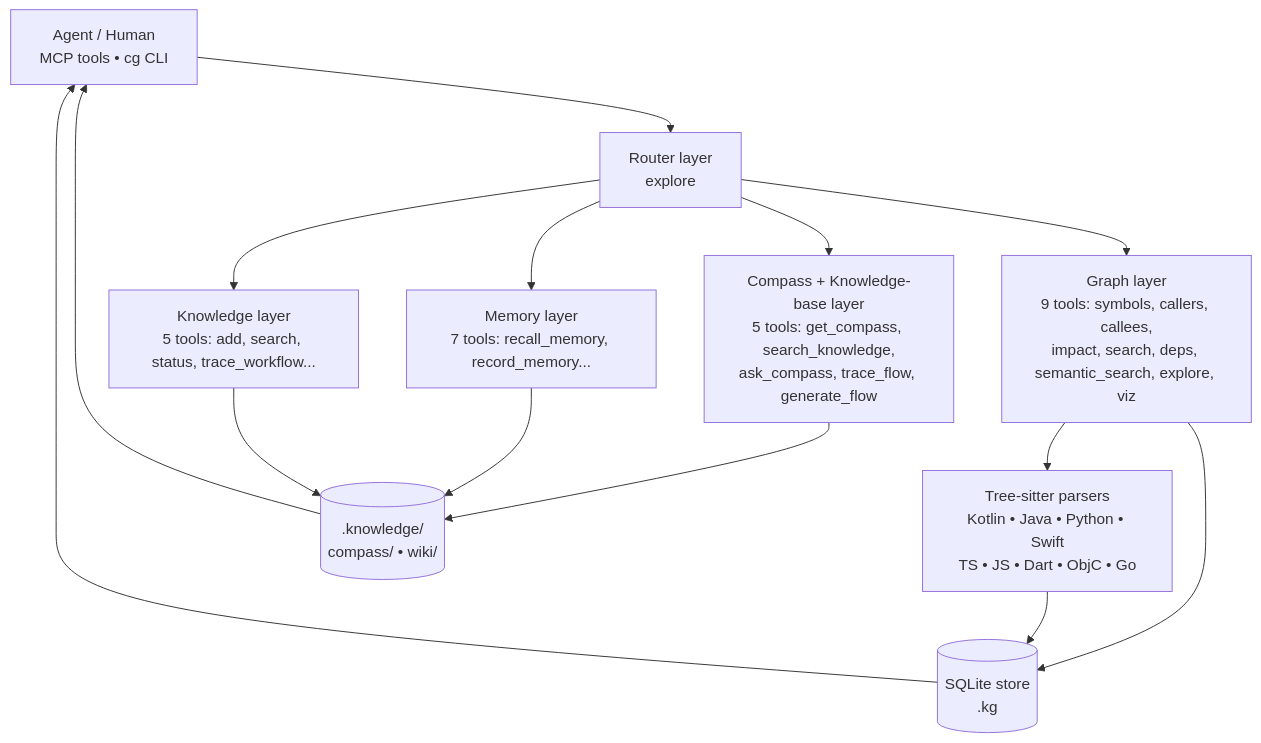
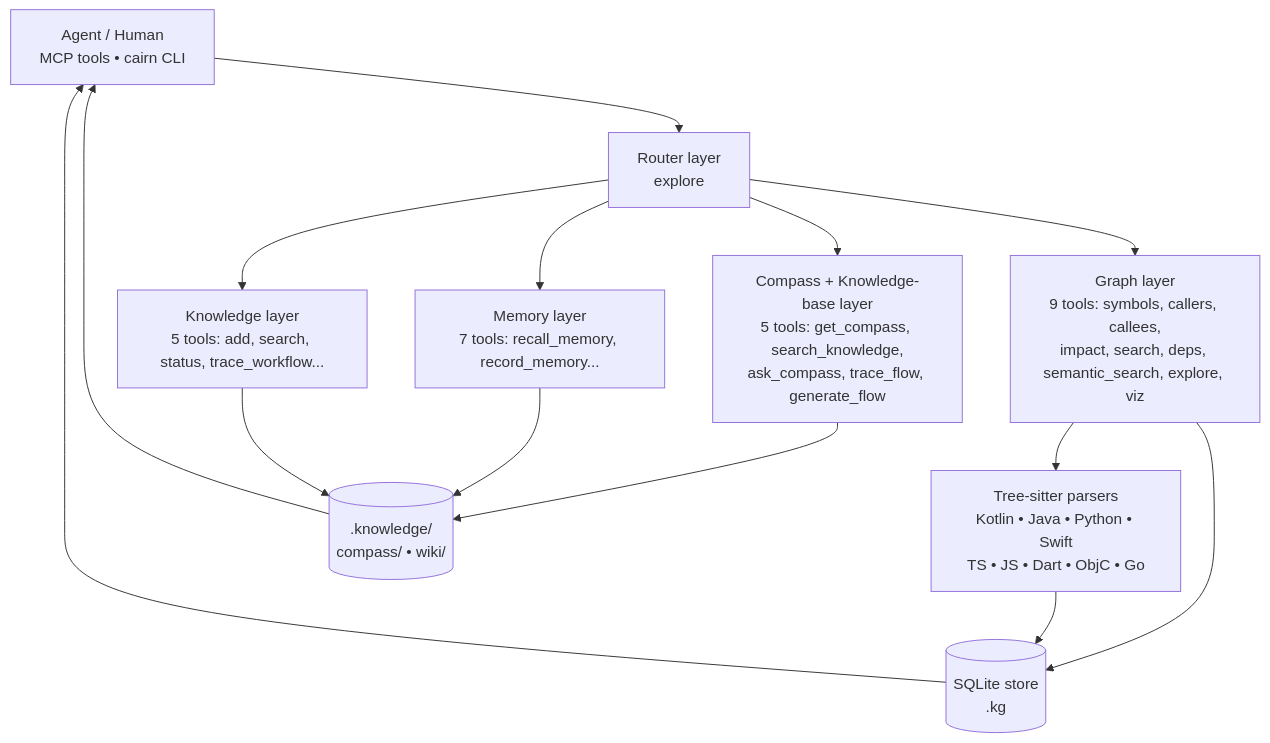
One commit to tanlnm512/cairn changed the first of 2 diagrams in docs/architecture.md. Above: the diagram before and after it, drawn with Mermaid. The commit also changed other lines of this file and 76 other files, not shown here.

First line of the commit message:
refactor: finish cg → cairn CLI rebrand across the codebase

````diff
--- a/docs/architecture.md
+++ b/docs/architecture.md
@@ -33,16 +33,16 @@
 ```mermaid
 flowchart TD
-    A["Agent / Human<br/>MCP tools • cg CLI"] --> R["Router layer<br/>explore"]
+    A["Agent / Human<br/>MCP tools • cairn CLI"] --> R["Router layer<br/>explore"]
     R --> L1["Graph layer<br/>9 tools: symbols, callers, callees,<br/>impact, search, deps, semantic_search, explore, viz"]
     R --> L2["Compass + Knowledge-base layer<br/>5 tools: get_compass, search_knowledge,<br/>ask_compass, trace_flow, generate_flow"]
     R --> L4["Memory layer<br/>7 tools: recall_memory, record_memory..."]
     R --> L5["Knowledge layer<br/>5 tools: add, search, status, trace_workflow..."]
     L1 --> P["Tree-sitter parsers<br/>Kotlin • Java • Python • Swift<br/>TS • JS • Dart • ObjC • Go"]
     L1 --> DB[("SQLite store<br/>.kg")]
     L2 --> KB[(".knowledge/<br/>compass/ • wiki/")]
     L4 --> KB
     L5 --> KB
     P --> DB
     DB --> A
     KB --> A
 ```
````
